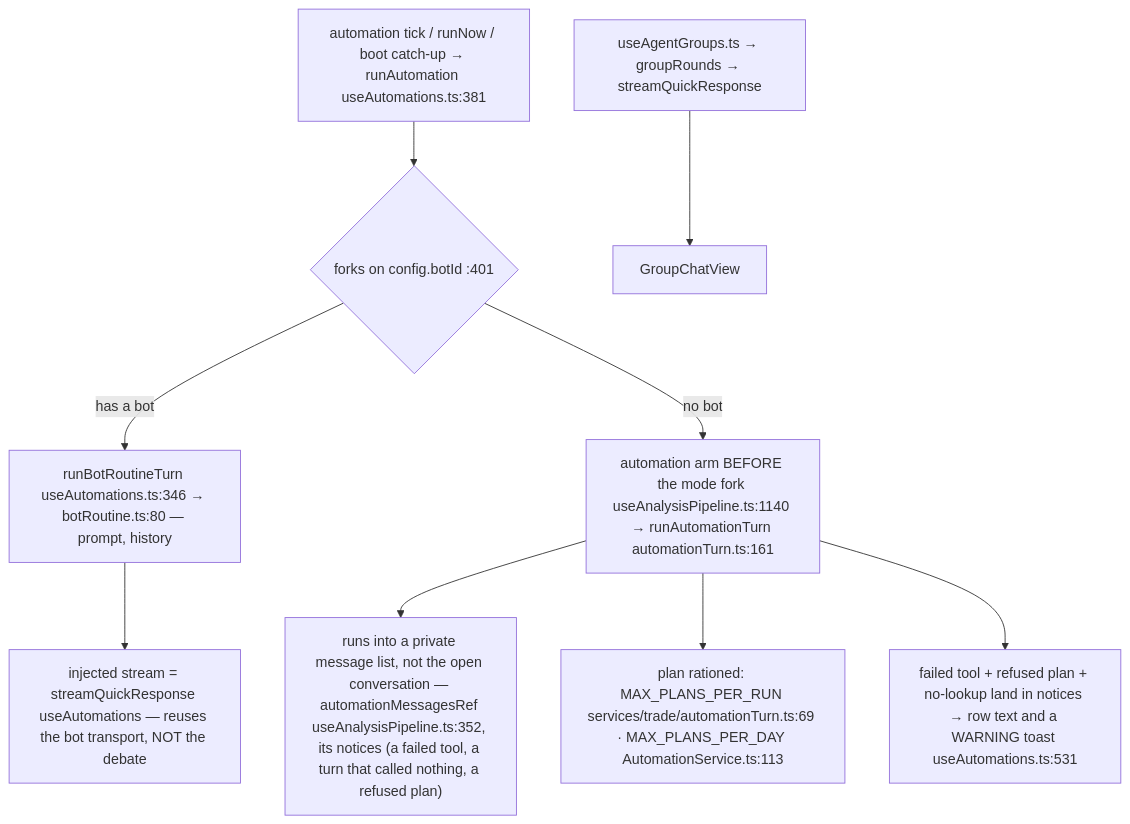
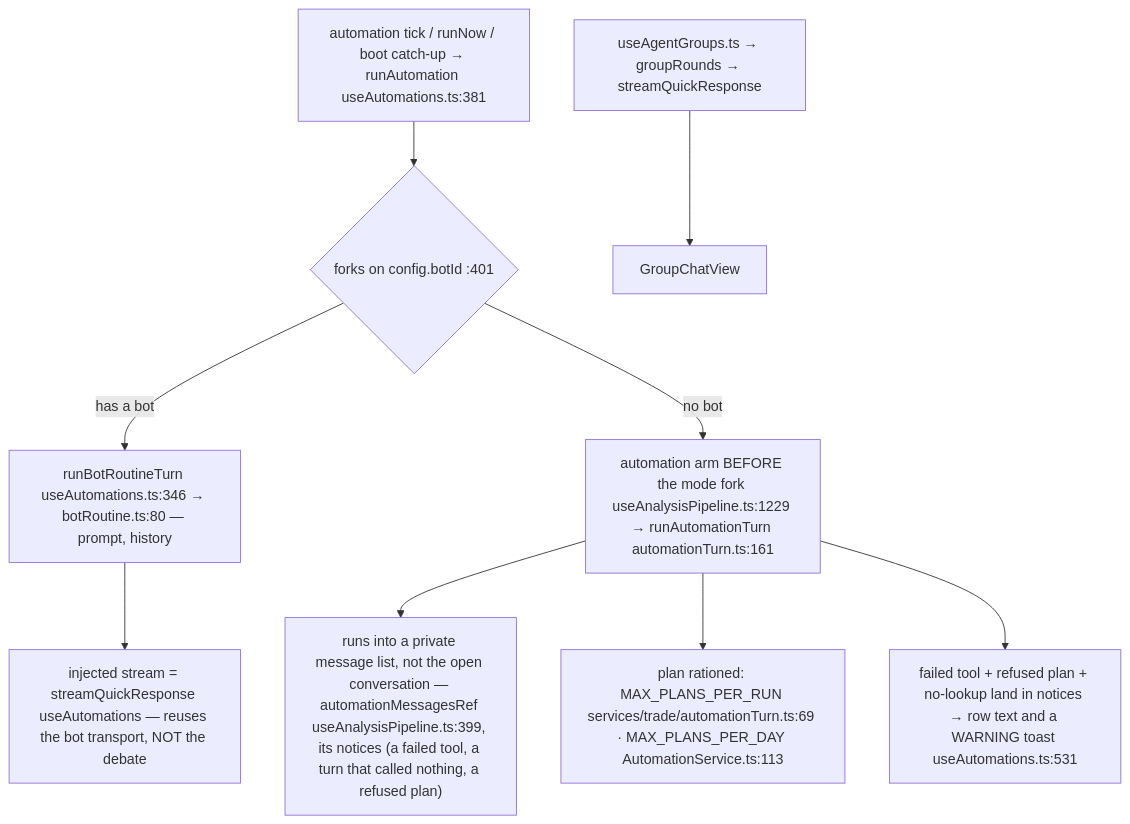
Before and after one commit to Acepay25/august-3.5: the fifth of 7 diagrams in docs/app-flow.md, drawn with Mermaid. The commit also changed other lines of this file and 183 other files, not shown here.

````diff
--- a/docs/app-flow.md
+++ b/docs/app-flow.md
@@ -300,11 +300,11 @@
 ```mermaid
 flowchart TD
     TK["automation tick / runNow / boot catch-up → runAutomation useAutomations.ts:381"] --> D{"forks on config.botId :401"}
     D -->|has a bot| BR["runBotRoutineTurn useAutomations.ts:346 → botRoutine.ts:80 — prompt, history"]
     BR --> ST["injected stream = streamQuickResponse useAutomations — reuses the bot transport, NOT the debate"]
-    D -->|no bot| AT["automation arm BEFORE the mode fork useAnalysisPipeline.ts:1140 → runAutomationTurn automationTurn.ts:161"]
-    AT --> PRIV["runs into a private message list, not the open conversation — automationMessagesRef useAnalysisPipeline.ts:352, its notices (a failed tool, a turn that called nothing, a refused plan)"]
+    D -->|no bot| AT["automation arm BEFORE the mode fork useAnalysisPipeline.ts:1229 → runAutomationTurn automationTurn.ts:161"]
+    AT --> PRIV["runs into a private message list, not the open conversation — automationMessagesRef useAnalysisPipeline.ts:399, its notices (a failed tool, a turn that called nothing, a refused plan)"]
     AT --> CAP["plan rationed: MAX_PLANS_PER_RUN services/trade/automationTurn.ts:69 · MAX_PLANS_PER_DAY AutomationService.ts:113"]
     AT --> FAIL["failed tool + refused plan + no-lookup land in notices → row text and a WARNING toast useAutomations.ts:531"]
     GR["useAgentGroups.ts → groupRounds → streamQuickResponse"] --> GV["GroupChatView"]
 ```
````
